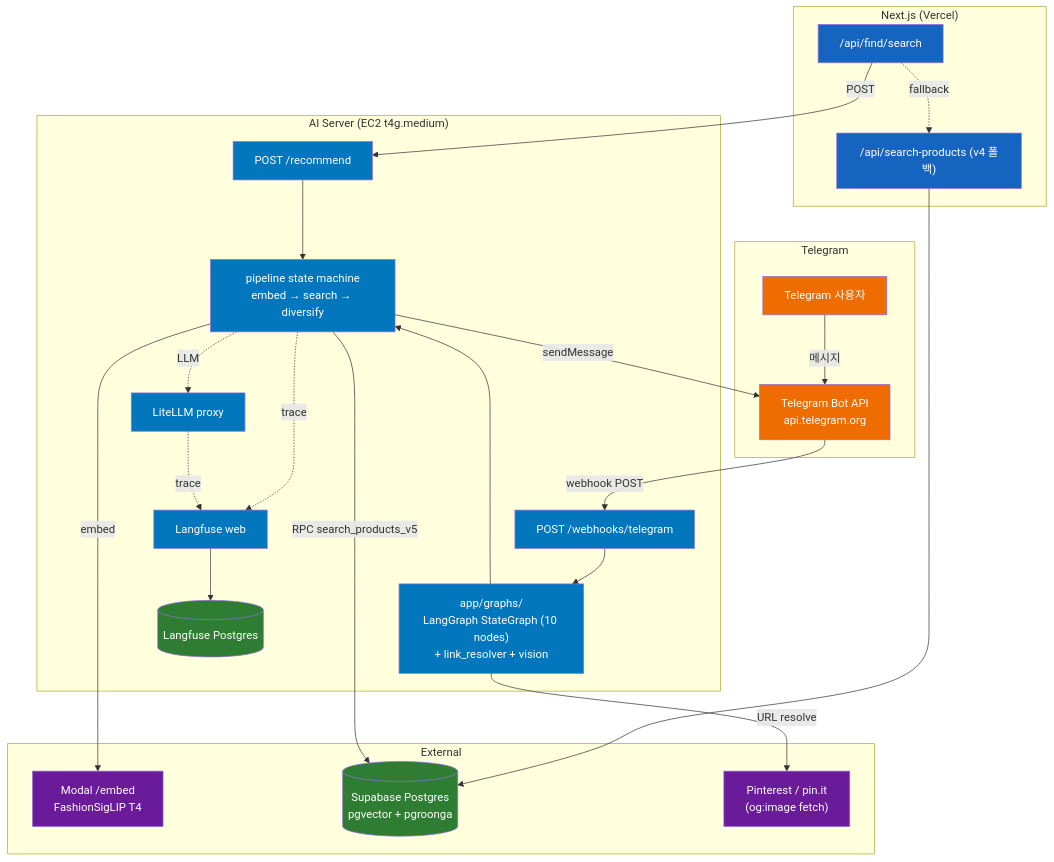
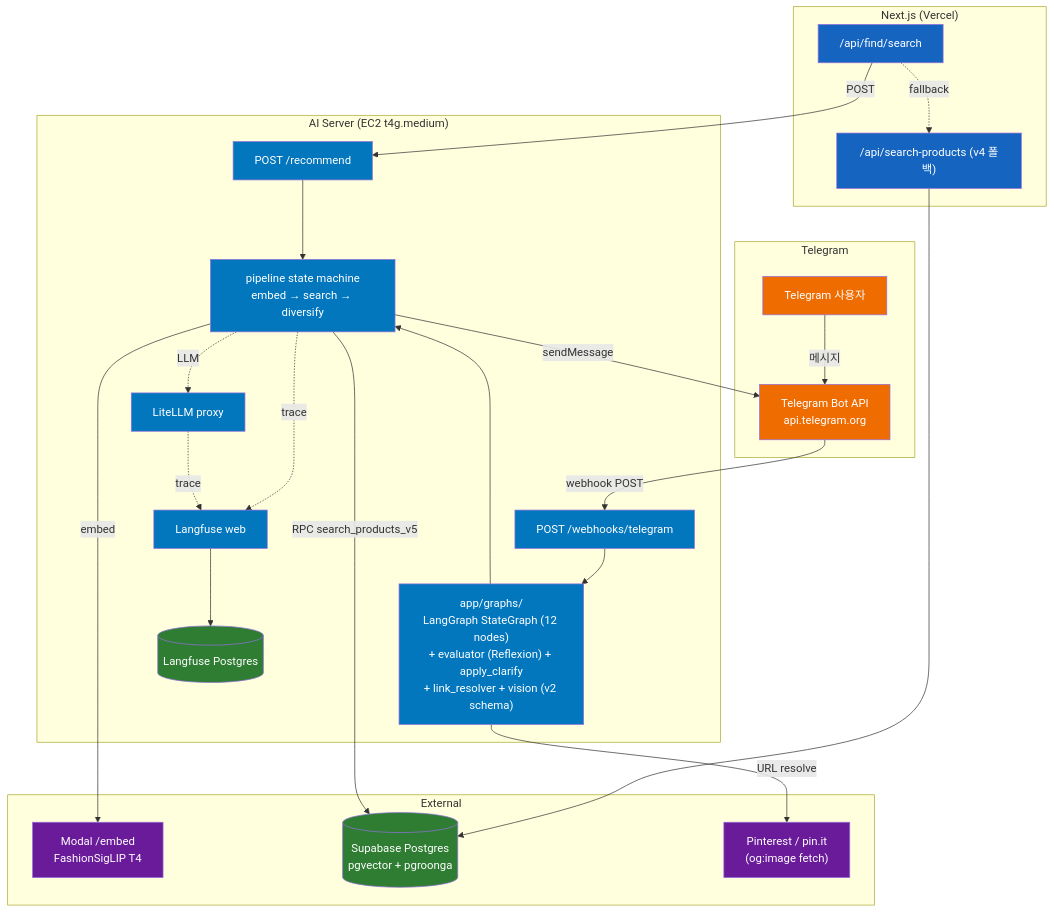
One commit to endurance-ai/ai-server changed the diagram in docs/ARCHITECTURE.md. Above: the diagram before and after it, drawn with Mermaid. The commit also changed other lines of this file and 46 other files, not shown here.

First line of the commit message:
feat(graph): vision unify + reflexion loop + clarify cards (3 SPECs)

````diff
--- a/docs/ARCHITECTURE.md
+++ b/docs/ARCHITECTURE.md
@@ -32,59 +32,59 @@
 ```mermaid
 graph TB
     subgraph App["Next.js (Vercel)"]
         FIND["/api/find/search"]
         V4["/api/search-products (v4 폴백)"]
     end
 
     subgraph Chat["Telegram"]
         TG_USER["Telegram 사용자"]
         TG_API["Telegram Bot API<br/>api.telegram.org"]
     end
 
     subgraph AI["AI Server (EC2 t4g.medium)"]
         REC["POST /recommend"]
         WH["POST /webhooks/telegram"]
-        CHAN["app/graphs/<br/>LangGraph StateGraph (10 nodes)<br/>+ link_resolver + vision"]
+        CHAN["app/graphs/<br/>LangGraph StateGraph (12 nodes)<br/>+ evaluator (Reflexion) + apply_clarify<br/>+ link_resolver + vision (v2 schema)"]
         PIPE["pipeline state machine<br/>embed → search → diversify"]
         LITELLM["LiteLLM proxy"]
         LFW["Langfuse web"]
         LFDB[("Langfuse Postgres")]
     end
 
     subgraph External["External"]
         MODAL["Modal /embed<br/>FashionSigLIP T4"]
         SB[("Supabase Postgres<br/>pgvector + pgroonga")]
         PIN["Pinterest / pin.it<br/>(og:image fetch)"]
     end
 
     FIND -->|POST| REC
     FIND -.fallback.-> V4
     V4 --> SB
 
     TG_USER -->|메시지| TG_API
     TG_API -->|webhook POST| WH
     WH --> CHAN
     CHAN -->|URL resolve| PIN
     CHAN --> PIPE
     PIPE -->|sendMessage| TG_API
 
     REC --> PIPE
     PIPE -->|embed| MODAL
     PIPE -->|RPC search_products_v5| SB
     PIPE -. trace .-> LFW
     PIPE -. LLM .-> LITELLM
     LITELLM -. trace .-> LFW
     LFW --> LFDB
 
     classDef app fill:#1565c0,color:#fff
     classDef ai fill:#0277bd,color:#fff
     classDef ext fill:#6a1b9a,color:#fff
     classDef data fill:#2e7d32,color:#fff
     classDef chat fill:#ef6c00,color:#fff
 
     class FIND,V4 app
     class REC,WH,CHAN,PIPE,LITELLM,LFW ai
     class MODAL,PIN ext
     class SB,LFDB data
     class TG_USER,TG_API chat
 ```
````
